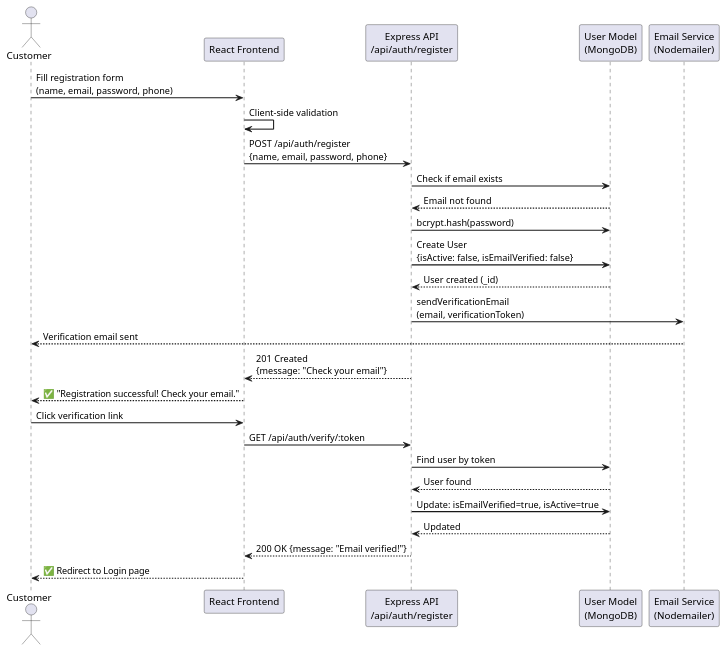
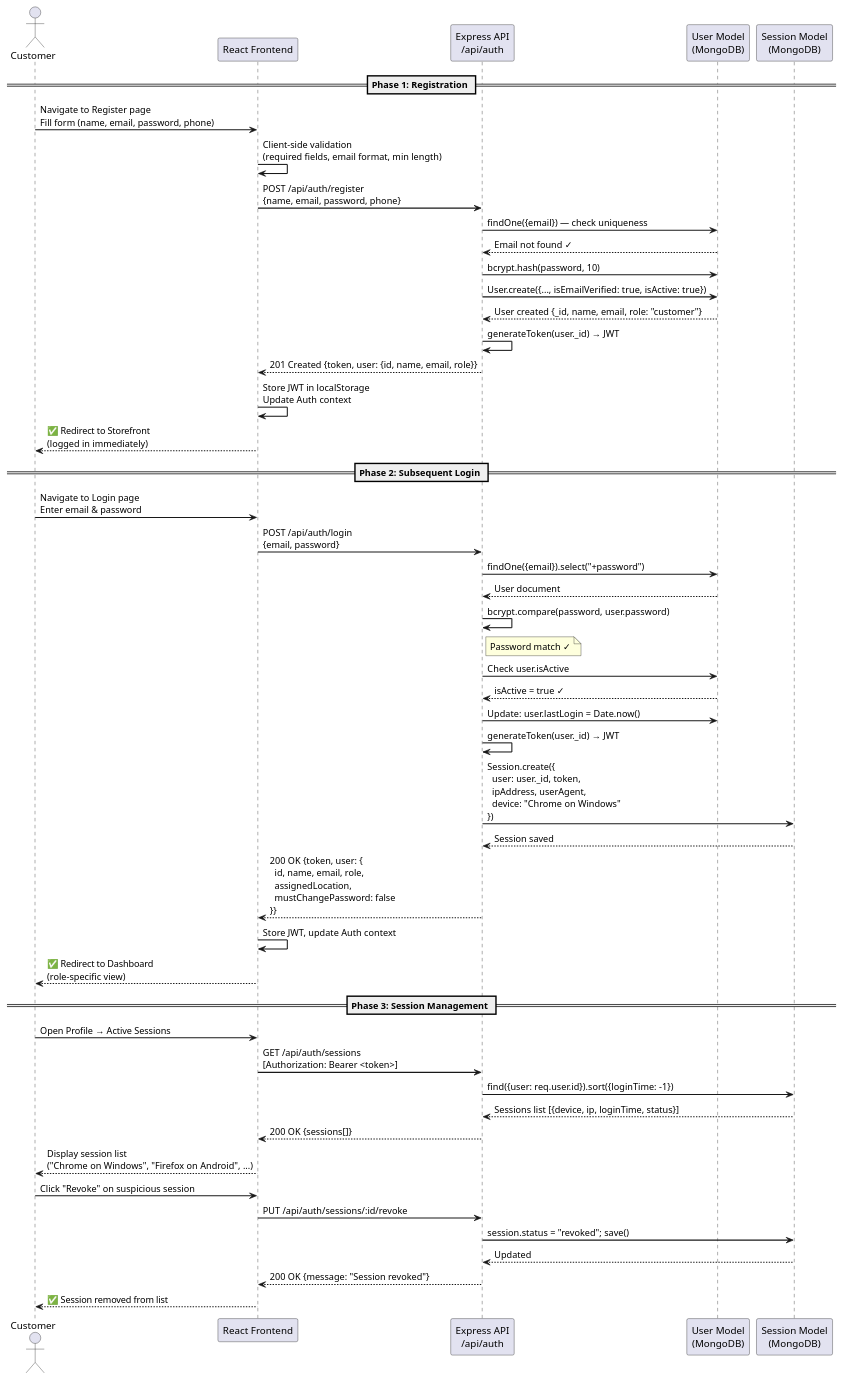
Before and after one commit to sarasithagalagama/methsara-publications-webstore: the third of 15 diagrams in docs/re-assignment/RE_Assignment_2_Report.md, drawn with PlantUML. The commit also changed other lines of this file, not shown here.

Commit message:
feat: Add Software Requirements Specification (SRS) document for the Methsara Publications Webstore.

````diff
--- a/docs/re-assignment/RE_Assignment_2_Report.md
+++ b/docs/re-assignment/RE_Assignment_2_Report.md
@@ -579,33 +579,56 @@
 ```plantuml
 @startuml
 skinparam sequenceArrowThickness 1.5
 actor Customer
 participant "React Frontend" as FE
-participant "Express API\n/api/auth/register" as API
+participant "Express API\n/api/auth" as API
 participant "User Model\n(MongoDB)" as DB
-participant "Email Service\n(Nodemailer)" as Email
+participant "Session Model\n(MongoDB)" as Session
 
-Customer -> FE: Fill registration form\n(name, email, password, phone)
-FE -> FE: Client-side validation
+== Phase 1: Registration ==
+Customer -> FE: Navigate to Register page\nFill form (name, email, password, phone)
+FE -> FE: Client-side validation\n(required fields, email format, min length)
 FE -> API: POST /api/auth/register\n{name, email, password, phone}
-API -> DB: Check if email exists
-DB --> API: Email not found
-API -> DB: bcrypt.hash(password)
-API -> DB: Create User\n{isActive: false, isEmailVerified: false}
-DB --> API: User created (_id)
-API -> Email: sendVerificationEmail\n(email, verificationToken)
-Email --> Customer: Verification email sent
-API --> FE: 201 Created\n{message: "Check your email"}
-FE --> Customer: ✅ "Registration successful! Check your email."
+API -> DB: findOne({email}) — check uniqueness
+DB --> API: Email not found ✓
+API -> DB: bcrypt.hash(password, 10)
+API -> DB: User.create({..., isEmailVerified: true, isActive: true})
+DB --> API: User created {_id, name, email, role: "customer"}
+API -> API: generateToken(user._id) → JWT
+API --> FE: 201 Created {token, user: {id, name, email, role}}
+FE -> FE: Store JWT in localStorage\nUpdate Auth context
+FE --> Customer: ✅ Redirect to Storefront\n(logged in immediately)
 
-Customer -> FE: Click verification link
-FE -> API: GET /api/auth/verify/:token
-API -> DB: Find user by token
-DB --> API: User found
-API -> DB: Update: isEmailVerified=true, isActive=true
-DB --> API: Updated
-API --> FE: 200 OK {message: "Email verified!"}
-FE --> Customer: ✅ Redirect to Login page
+== Phase 2: Subsequent Login ==
+Customer -> FE: Navigate to Login page\nEnter email & password
+FE -> API: POST /api/auth/login\n{email, password}
+API -> DB: findOne({email}).select("+password")
+DB --> API: User document
+API -> API: bcrypt.compare(password, user.password)
+note right of API: Password match ✓
+API -> DB: Check user.isActive
+DB --> API: isActive = true ✓
+API -> DB: Update: user.lastLogin = Date.now()
+API -> API: generateToken(user._id) → JWT
+API -> Session: Session.create({\n  user: user._id, token,\n  ipAddress, userAgent,\n  device: "Chrome on Windows"\n})
+Session --> API: Session saved
+API --> FE: 200 OK {token, user: {\n  id, name, email, role,\n  assignedLocation,\n  mustChangePassword: false\n}}
+FE -> FE: Store JWT, update Auth context
+FE --> Customer: ✅ Redirect to Dashboard\n(role-specific view)
+
+== Phase 3: Session Management ==
+Customer -> FE: Open Profile → Active Sessions
+FE -> API: GET /api/auth/sessions\n[Authorization: Bearer <token>]
+API -> Session: find({user: req.user.id}).sort({loginTime: -1})
+Session --> API: Sessions list [{device, ip, loginTime, status}]
+API --> FE: 200 OK {sessions[]}
+FE --> Customer: Display session list\n("Chrome on Windows", "Firefox on Android", ...)
+Customer -> FE: Click "Revoke" on suspicious session
+FE -> API: PUT /api/auth/sessions/:id/revoke
+API -> Session: session.status = "revoked"; save()
+Session --> API: Updated
+API --> FE: 200 OK {message: "Session revoked"}
+FE --> Customer: ✅ Session removed from list
 
 @enduml
 ```
````
